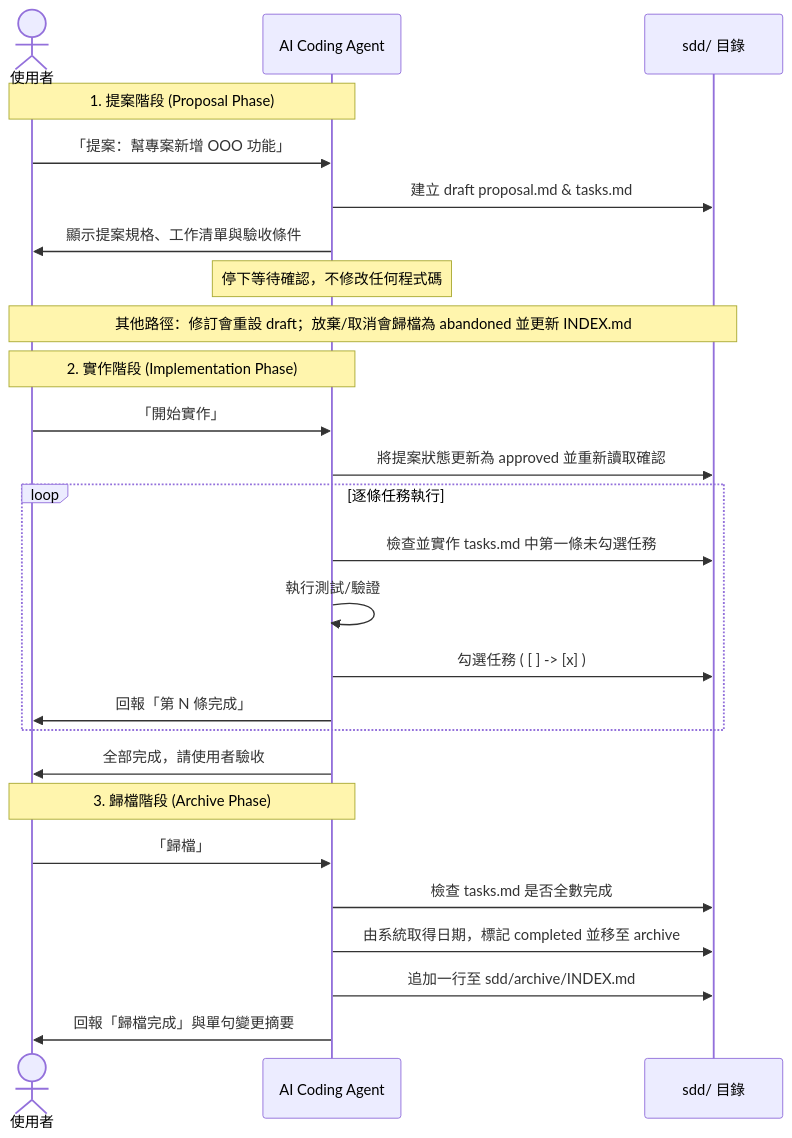
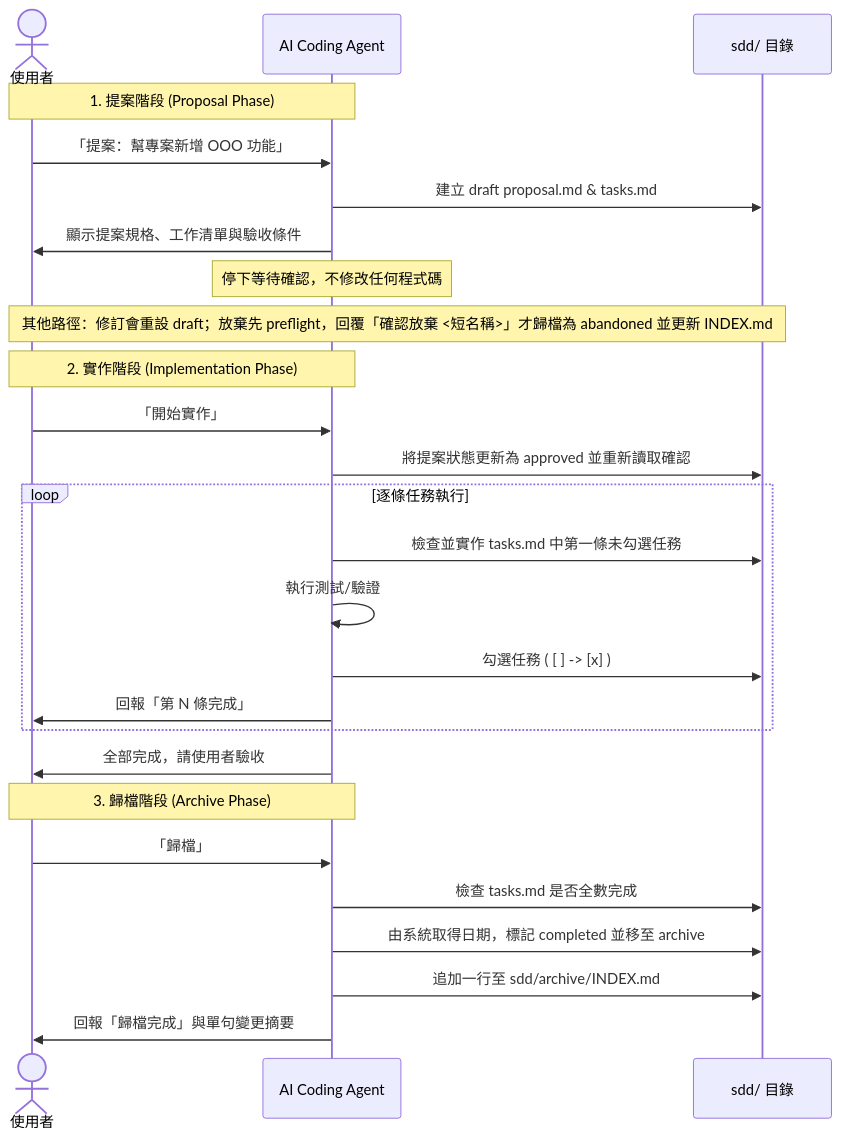
Before and after one commit to kurotanshi/sdd-workflow: the diagram in README.md, drawn with Mermaid. The commit also changed other lines of this file and 6 other files, not shown here.

First line of the commit message:
fix: harden abandonment flow, task scanner, and archive ordering

````diff
--- a/README.md
+++ b/README.md
@@ -22,31 +22,31 @@
 ```mermaid
 sequenceDiagram
     actor User as 使用者
     participant Agent as AI Coding Agent
     participant Files as sdd/ 目錄
 
     Note over User, Agent: 1. 提案階段 (Proposal Phase)
     User->>Agent: 「提案：幫專案新增 OOO 功能」
     Agent->>Files: 建立 draft proposal.md & tasks.md
     Agent->>User: 顯示提案規格、工作清單與驗收條件
     Note over Agent: 停下等待確認，不修改任何程式碼
-    Note over User, Files: 其他路徑：修訂會重設 draft；放棄/取消會歸檔為 abandoned 並更新 INDEX.md
+    Note over User, Files: 其他路徑：修訂會重設 draft；放棄先 preflight，回覆「確認放棄 <短名稱>」才歸檔為 abandoned 並更新 INDEX.md
 
     Note over User, Agent: 2. 實作階段 (Implementation Phase)
     User->>Agent: 「開始實作」
     Agent->>Files: 將提案狀態更新為 approved 並重新讀取確認
     loop 逐條任務執行
         Agent->>Files: 檢查並實作 tasks.md 中第一條未勾選任務
         Agent->>Agent: 執行測試/驗證
         Agent->>Files: 勾選任務 ( [ ] -> [x] )
         Agent->>User: 回報「第 N 條完成」
     end
     Agent->>User: 全部完成，請使用者驗收
 
     Note over User, Agent: 3. 歸檔階段 (Archive Phase)
     User->>Agent: 「歸檔」
     Agent->>Files: 檢查 tasks.md 是否全數完成
     Agent->>Files: 由系統取得日期，標記 completed 並移至 archive
     Agent->>Files: 追加一行至 sdd/archive/INDEX.md
     Agent->>User: 回報「歸檔完成」與單句變更摘要
 ```
````
